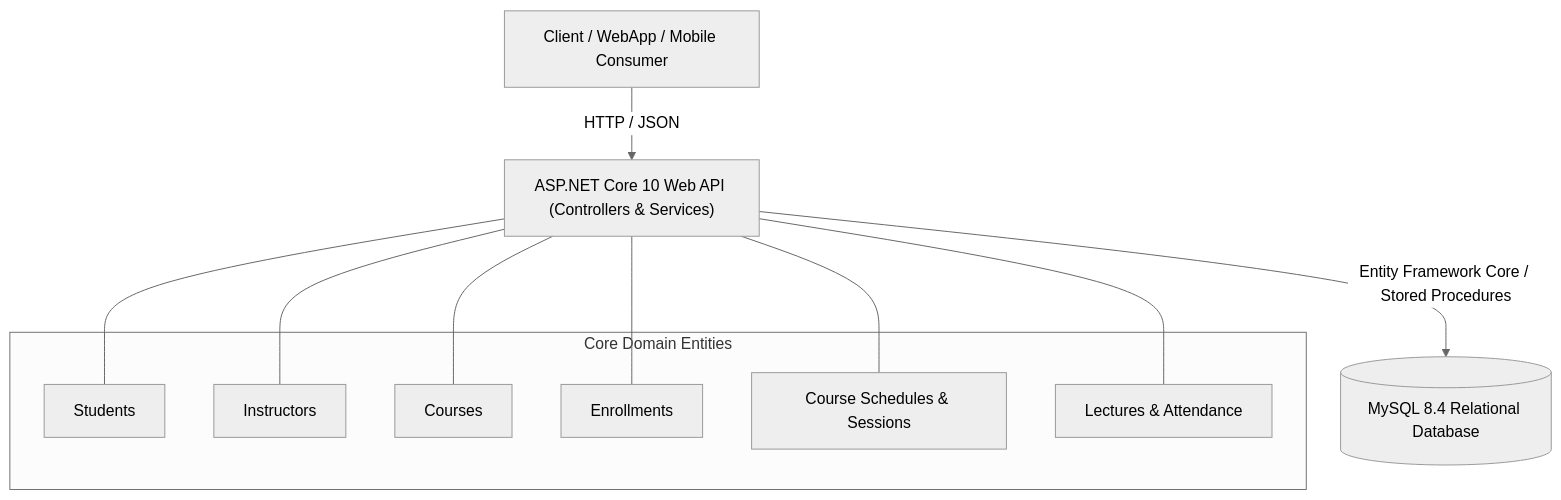
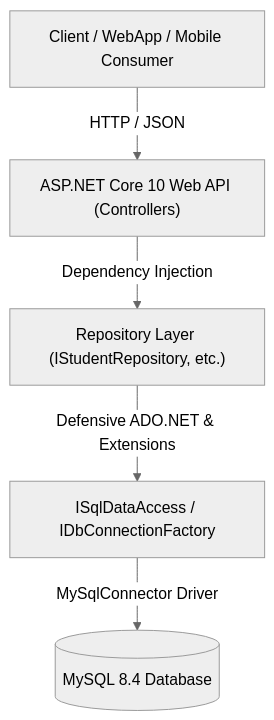
Before and after one commit to Kbassem10/eFinance: the first of 3 diagrams in README.md, drawn with Mermaid (neutral theme). The commit also changed 25 other files, not shown here.

````diff
--- a/README.md
+++ b/README.md
@@ -37,21 +37,7 @@
 ```mermaid
 graph TD
-    Client["Client / WebApp / Mobile Consumer"] -->|HTTP / JSON| API["ASP.NET Core 10 Web API (Controllers & Services)"]
-    API -->|Entity Framework Core / Stored Procedures| DB[("MySQL 8.4 Relational Database")]
-
-    subgraph "Core Domain Entities"
-        Students["Students"]
-        Instructors["Instructors"]
-        Courses["Courses"]
-        Enrollments["Enrollments"]
-        Schedules["Course Schedules & Sessions"]
-        Lectures["Lectures & Attendance"]
-    end
-
-    API --- Students
-    API --- Instructors
-    API --- Courses
-    API --- Enrollments
-    API --- Schedules
-    API --- Lectures
+    Client["Client / WebApp / Mobile Consumer"] -->|HTTP / JSON| API["ASP.NET Core 10 Web API (Controllers)"]
+    API -->|Dependency Injection| Repos["Repository Layer (IStudentRepository, etc.)"]
+    Repos -->|Defensive ADO.NET & Extensions| DbAccess["ISqlDataAccess / IDbConnectionFactory"]
+    DbAccess -->|MySqlConnector Driver| DB[("MySQL 8.4 Database")]
 ```
````
